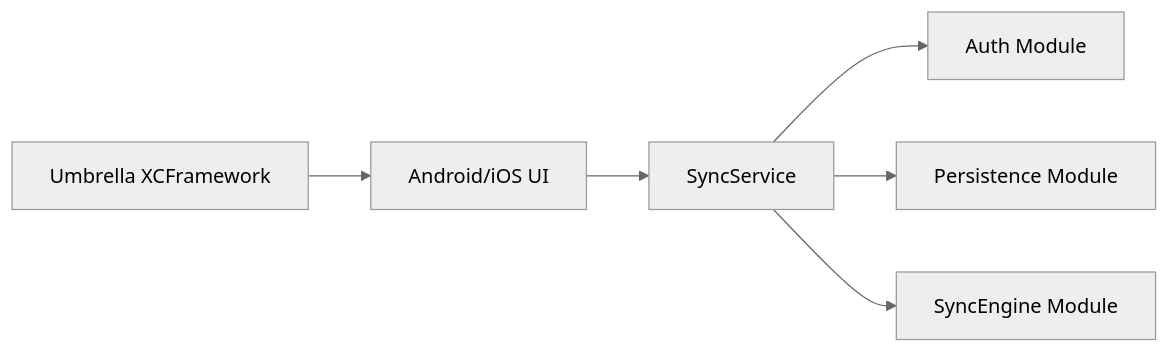
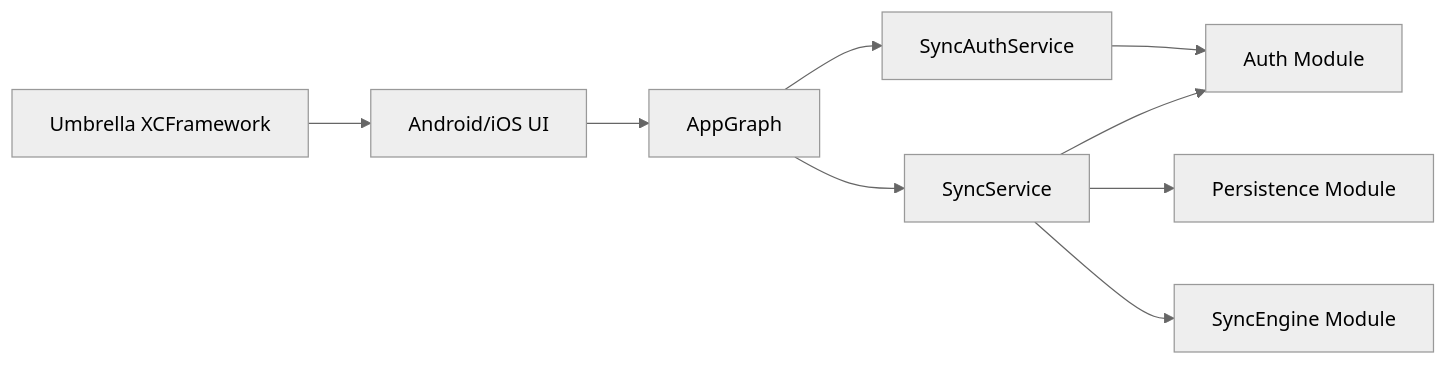
Before and after one commit to quran/mobile-sync: the diagram in README.md, drawn with Mermaid (neutral theme). The commit also changed other lines of this file and 97 other files, not shown here.

````diff
--- a/README.md
+++ b/README.md
@@ -25,8 +25,11 @@
 ```mermaid
 flowchart LR
-  UI[Android/iOS UI] --> S[SyncService]
-  S --> A[Auth Module]
+  UI[Android/iOS UI] --> G[AppGraph]
+  G --> S[SyncService]
+  G --> F[SyncAuthService]
+  F --> A[Auth Module]
+  S --> A
   S --> P[Persistence Module]
   S --> E[SyncEngine Module]
   U[Umbrella XCFramework] --> UI
 ```
````
